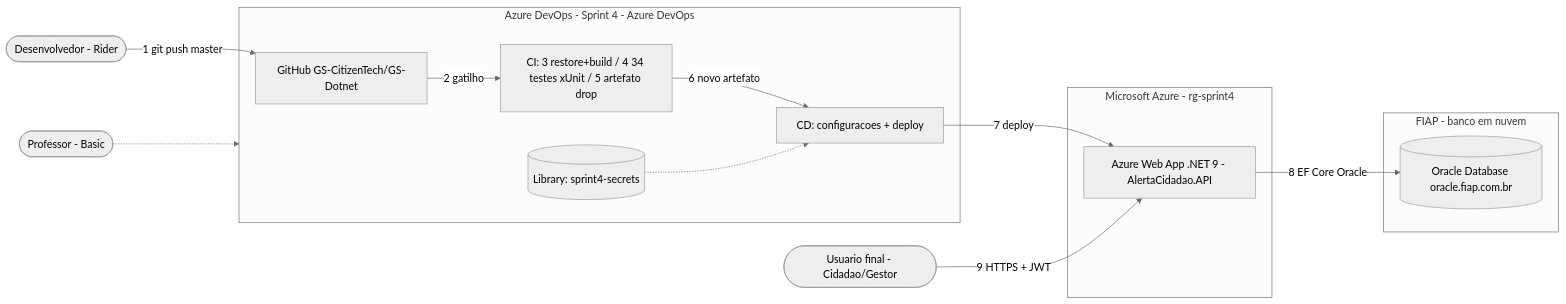
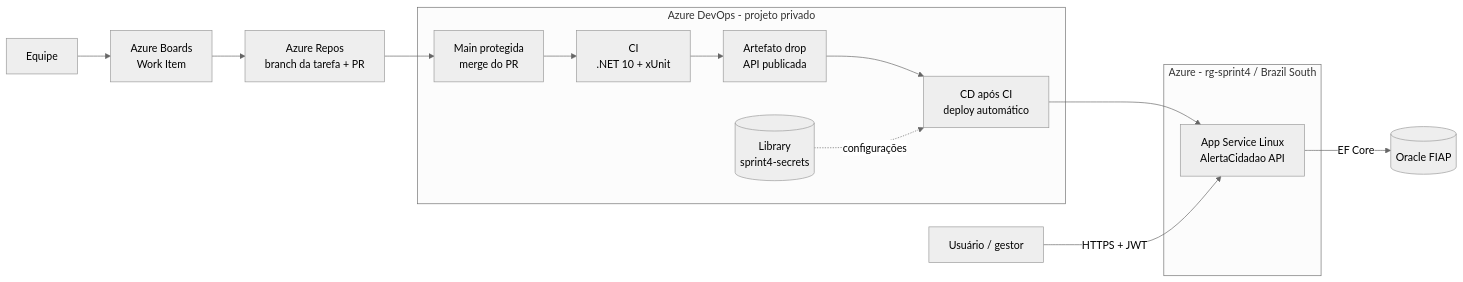
Before and after one commit to GS-CitizenTech/GS-Devops: the diagram in docs/diagram.mmd, drawn with Mermaid (neutral theme). The commit also changed 12 other files, not shown here.

Commit message:
Projeto final

```diff
--- a/docs/diagram.mmd
+++ b/docs/diagram.mmd
@@ -1,16 +1,15 @@
 flowchart LR
-  DEV([Desenvolvedor - Rider]) -->|1 git push master| GH[GitHub GS-CitizenTech/GS-Dotnet]
-  subgraph ADO[Azure DevOps - Sprint 4 - Azure DevOps]
-    GH -->|2 gatilho| CI[CI: 3 restore+build / 4 34 testes xUnit / 5 artefato drop]
-    CI -->|6 novo artefato| CD[CD: configuracoes + deploy]
-    LIB[(Library: sprint4-secrets)] -.-> CD
+  DEV[Equipe] --> WI[Azure Boards<br/>Work Item]
+  WI --> BR[Azure Repos<br/>branch da tarefa + PR]
+  BR --> MAIN[Main protegida<br/>merge do PR]
+  subgraph ADO[Azure DevOps - projeto privado]
+    MAIN --> CI[CI<br/>.NET 10 + xUnit]
+    CI --> ART[Artefato drop<br/>API publicada]
+    ART --> CD[CD após CI<br/>deploy automático]
+    SEC[(Library<br/>sprint4-secrets)] -. configurações .-> CD
   end
-  subgraph AZ[Microsoft Azure - rg-sprint4]
-    CD -->|7 deploy| WEB[Azure Web App .NET 9 - AlertaCidadao.API]
+  subgraph AZ[Azure - rg-sprint4 / Brazil South]
+    CD --> WEB[App Service Linux<br/>AlertaCidadao API]
   end
-  subgraph FIAP[FIAP - banco em nuvem]
-    ORA[(Oracle Database oracle.fiap.com.br)]
-  end
-  WEB -->|8 EF Core Oracle| ORA
-  USER([Usuario final - Cidadao/Gestor]) -->|9 HTTPS + JWT| WEB
-  PROF([Professor - Basic]) -.-> ADO
+  WEB -->|EF Core| ORA[(Oracle FIAP)]
+  USER[Usuário / gestor] -->|HTTPS + JWT| WEB
```
